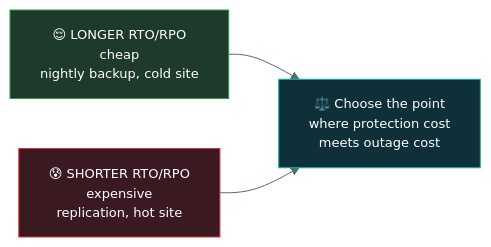
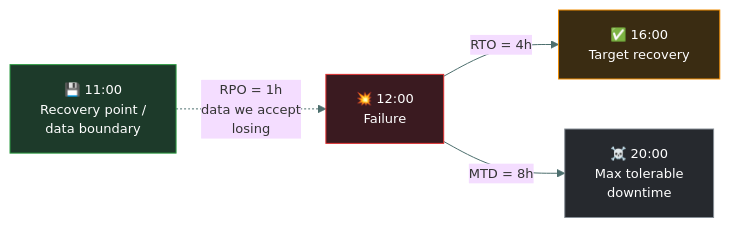
Before and after one commit to tarunTejaDesireddy/cc-exam-prep: the third of 4 diagrams in 02-security-governance/rto-rpo-mtd/README.md, drawn with Mermaid. The commit also changed other lines of this file and 1 other file, not shown here.

First line of the commit message:
Rewrite RTO vs RPO vs MTD with real timeline diagrams

````diff
--- a/02-security-governance/rto-rpo-mtd/README.md
+++ b/02-security-governance/rto-rpo-mtd/README.md
@@ -188,10 +149,12 @@
 ```mermaid
-%%{init: {'theme':'base','themeVariables':{'fontSize':'13px','lineColor':'#4d6f6e','textColor':'#dbe7e6'}}}%%
+%%{init: {'theme':'base','themeVariables':{'fontFamily':'Segoe UI, Helvetica Neue, Arial, sans-serif','fontSize':'13px','lineColor':'#4d6f6e','textColor':'#dbe7e6'}}}%%
 flowchart LR
-    L["😌 LONGER RTO/RPO<br/>cheap<br/>nightly backup, cold site"] --> M["⚖️ Choose the point<br/>where protection cost<br/>meets outage cost"]
-    S["😰 SHORTER RTO/RPO<br/>expensive<br/>replication, hot site"] --> M
+    RPO["💾 11:00<br/>Recovery point /<br/>data boundary"] -.->|"RPO = 1h<br/>data we accept<br/>losing"| F["💥 12:00<br/>Failure"]
+    F -->|"RTO = 4h"| RT["✅ 16:00<br/>Target recovery"]
+    F -->|"MTD = 8h"| MT["☠️ 20:00<br/>Max tolerable<br/>downtime"]
 
-    style L fill:#1d3a2a,stroke:#2F9E44,color:#fff
-    style S fill:#3a1a20,stroke:#E03131,color:#fff
-    style M fill:#0f3038,stroke:#12B5A5,color:#fff
+    style RPO fill:#1d3a2a,stroke:#2F9E44,color:#fff
+    style F fill:#3a1a20,stroke:#E03131,color:#fff
+    style RT fill:#3a2c12,stroke:#F08C00,color:#fff
+    style MT fill:#26292e,stroke:#868E96,color:#fff
 ```
````
